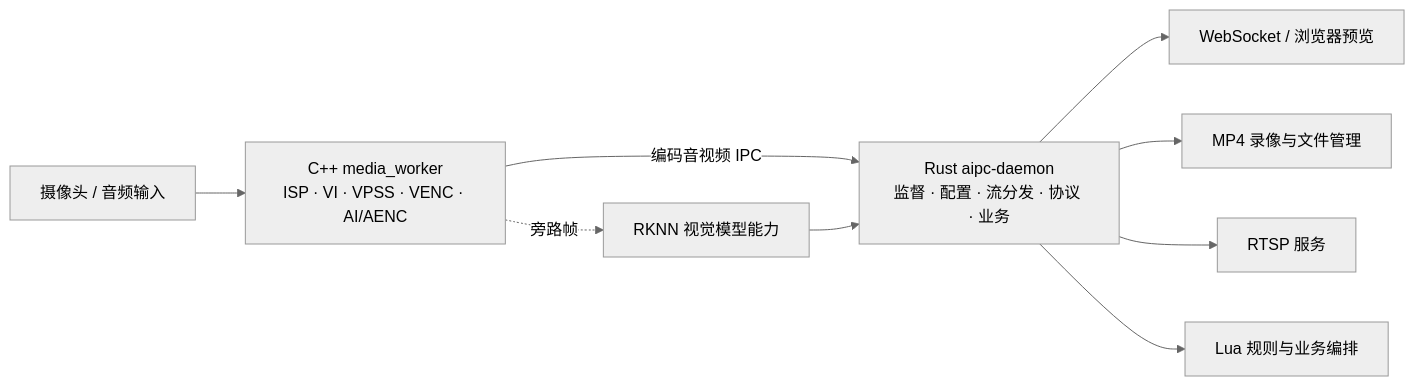
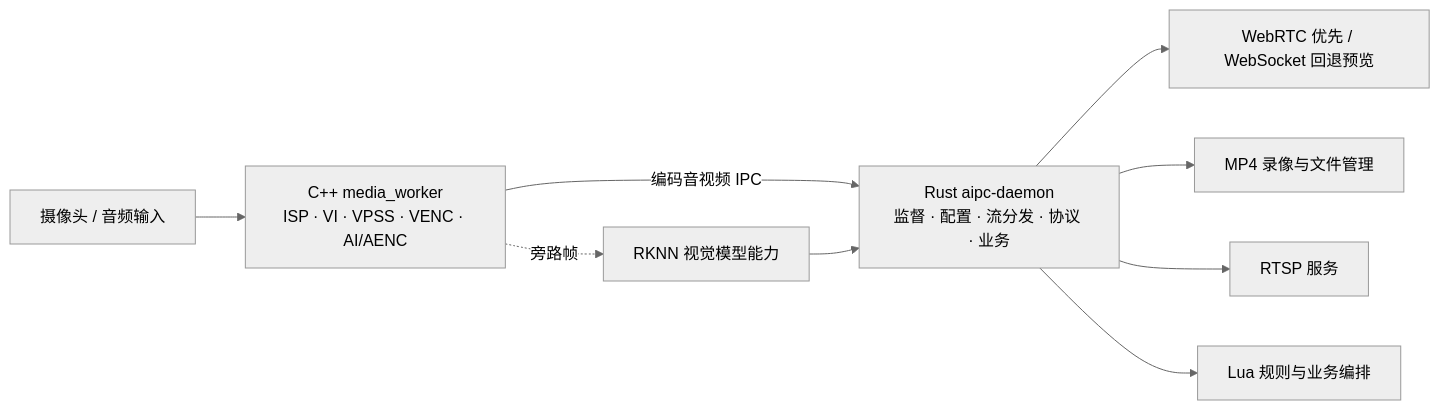
Before and after one commit to Hyrsoft/aipc: the diagram in README.md, drawn with Mermaid (neutral theme). The commit also changed other lines of this file and 17 other files, not shown here.

Commit message:
feat: add WebRTC audio and video distribution

````diff
--- a/README.md
+++ b/README.md
@@ -36,11 +36,11 @@
 ```mermaid
 flowchart LR
     C[摄像头 / 音频输入] --> W[C++ media_worker<br/>ISP · VI · VPSS · VENC · AI/AENC]
     W -- 编码音视频 IPC --> R[Rust aipc-daemon<br/>监督 · 配置 · 流分发 · 协议 · 业务]
-    R --> P[WebSocket / 浏览器预览]
+    R --> P[WebRTC 优先 / WebSocket 回退预览]
     R --> M[MP4 录像与文件管理]
     R --> T[RTSP 服务]
     R --> L[Lua 规则与业务编排]
     W -. 旁路帧 .-> K[RKNN 视觉模型能力]
     K --> R
 ```
````
